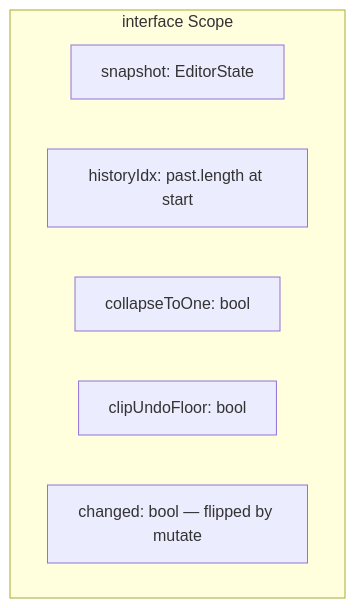
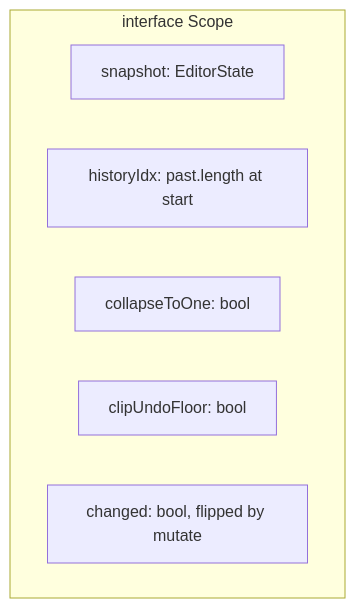
One commit to motionproto/live-tokens changed the first of 3 diagrams in docs/03-state-and-history.md. Above: the diagram before and after it, drawn with Mermaid. The commit also changed other lines of this file and 30 other files, not shown here.

````diff
--- a/docs/03-state-and-history.md
+++ b/docs/03-state-and-history.md
@@ -88,10 +88,10 @@
 ```mermaid
 flowchart TB
     subgraph Scope["interface Scope"]
         Snap[snapshot: EditorState]
         Idx[historyIdx: past.length at start]
         Collapse[collapseToOne: bool]
         Clip[clipUndoFloor: bool]
-        Changed[changed: bool — flipped by mutate]
+        Changed[changed: bool, flipped by mutate]
     end
 ```
````
